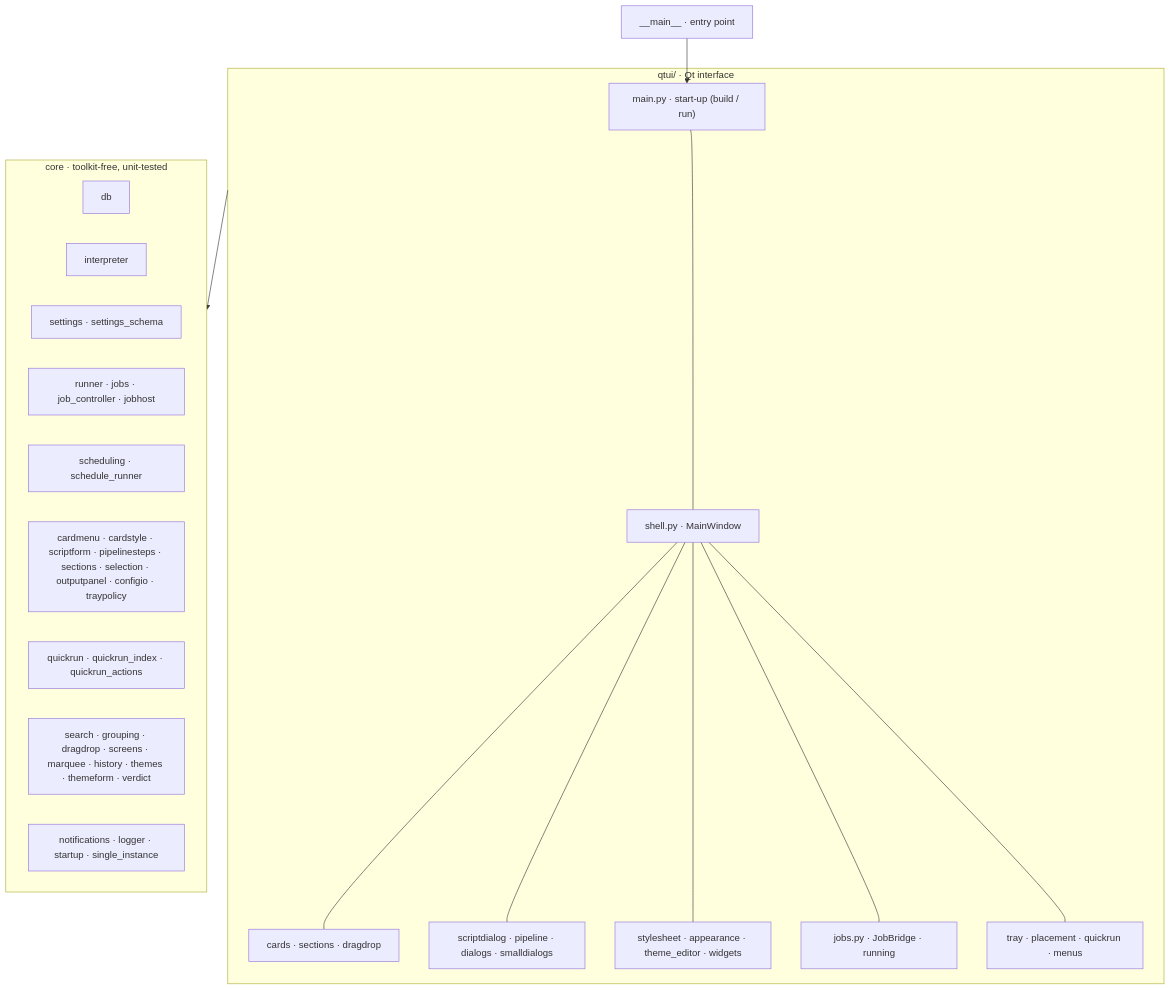
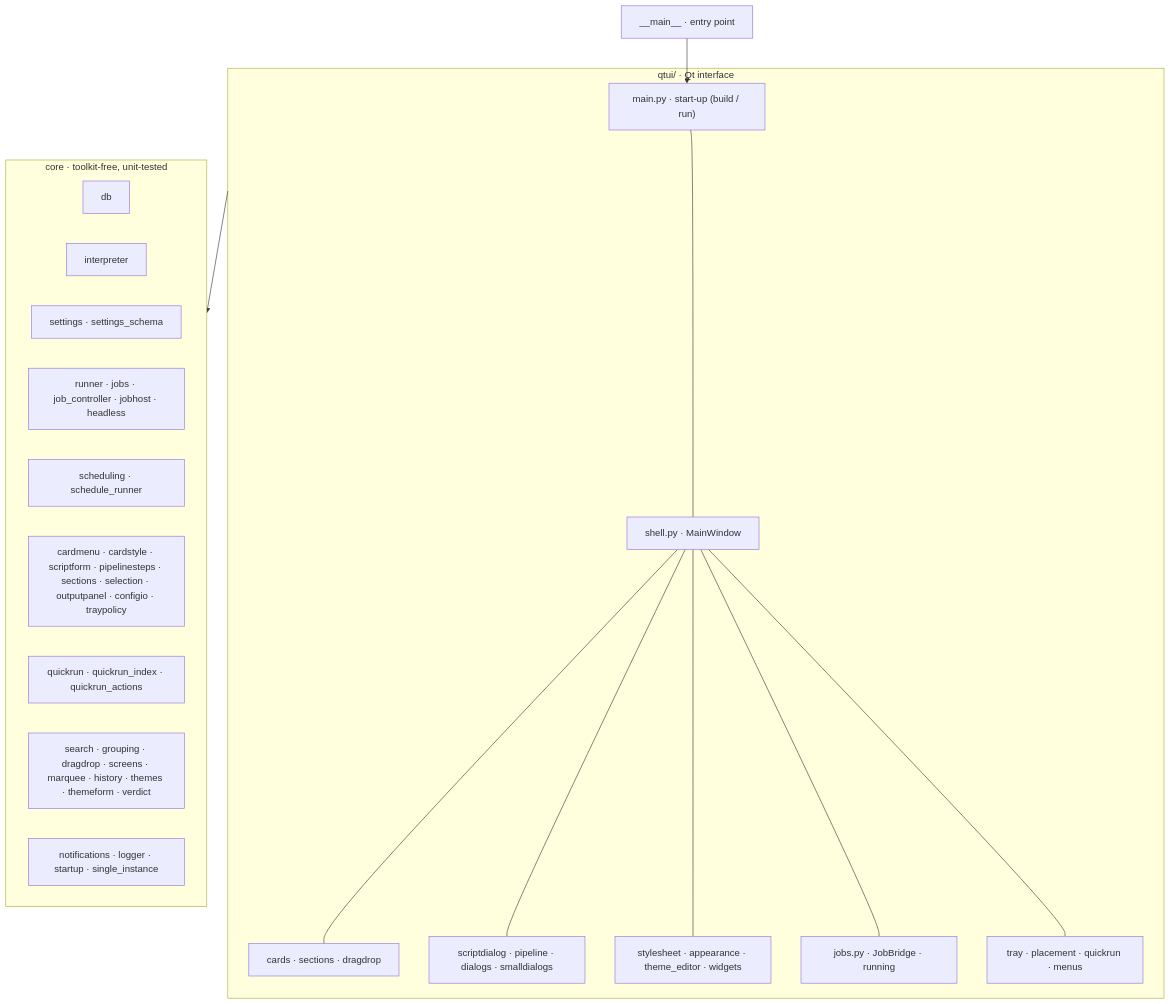
The diagram in docs/ARCHITECTURE.md (lqvu-zen/RYOS), drawn with Mermaid before and after one commit. The commit also changed other lines of this file and 13 other files, not shown here.

First line of the commit message:
Headless runner: runs with no window, on the shared JobHost

````diff
--- a/docs/ARCHITECTURE.md
+++ b/docs/ARCHITECTURE.md
@@ -8,34 +8,34 @@
 ```mermaid
 flowchart TD
     main["__main__ · entry point"] --> qtmain
 
     subgraph ui["qtui/ · Qt interface"]
         qtmain["main.py · start-up (build / run)"]
         shell["shell.py · MainWindow"]
         cards["cards · sections · dragdrop"]
         dialogs["scriptdialog · pipeline · dialogs · smalldialogs"]
         look["stylesheet · appearance · theme_editor · widgets"]
         bridge["jobs.py · JobBridge · running"]
         tray["tray · placement · quickrun · menus"]
         qtmain --- shell
         shell --- cards
         shell --- dialogs
         shell --- look
         shell --- bridge
         shell --- tray
     end
 
     subgraph core["core · toolkit-free, unit-tested"]
         db["db"]
         interpreter["interpreter"]
         settings["settings · settings_schema"]
-        run["runner · jobs · job_controller · jobhost"]
+        run["runner · jobs · job_controller · jobhost · headless"]
         sched["scheduling · schedule_runner"]
         rules["cardmenu · cardstyle · scriptform · pipelinesteps · sections · selection · outputpanel · configio · traypolicy"]
         quickrun["quickrun · quickrun_index · quickrun_actions"]
         misc["search · grouping · dragdrop · screens · marquee · history · themes · themeform · verdict"]
         infra["notifications · logger · startup · single_instance"]
     end
 
     ui --> core
 ```
````
